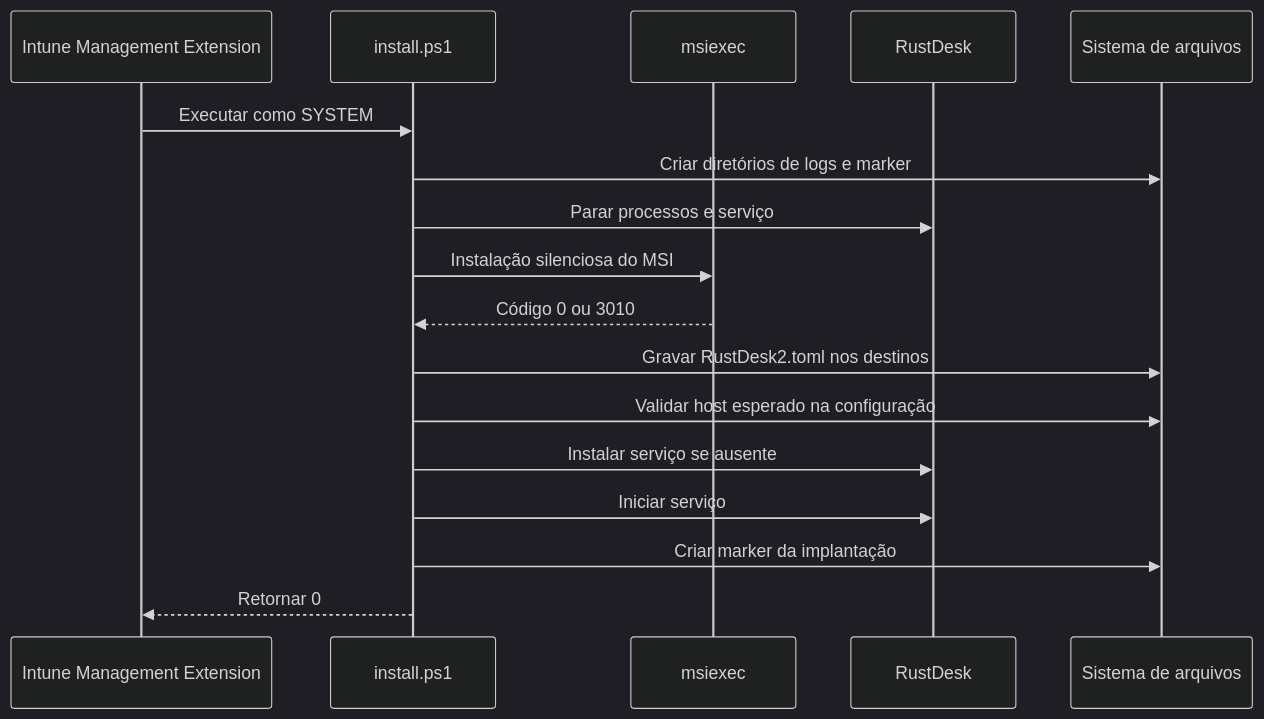
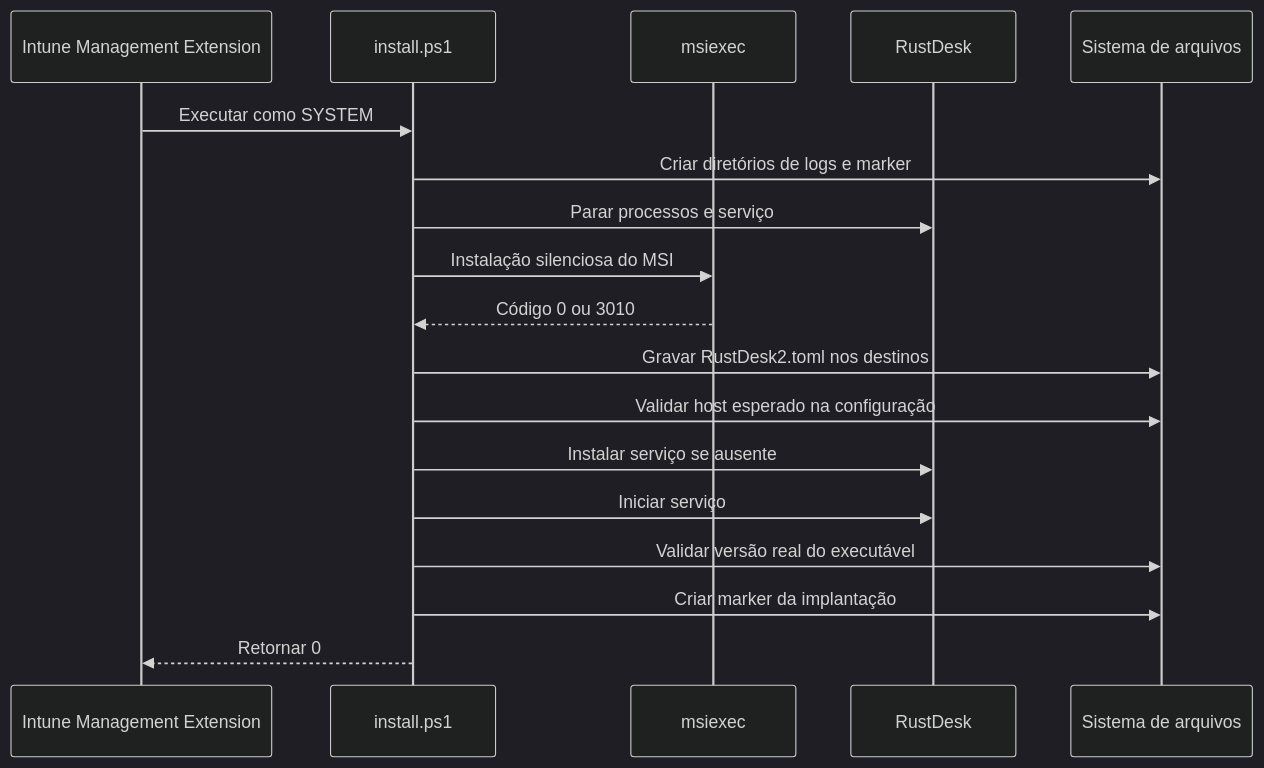
The second of 3 diagrams in README.pt-BR.md (diogowermann/RustDeskIntuneDeployment), drawn with Mermaid (dark theme) before and after one commit. The commit also changed other lines of this file and 10 other files, not shown here.

````diff
--- a/README.pt-BR.md
+++ b/README.pt-BR.md
@@ -206,20 +210,21 @@
 ```mermaid
 sequenceDiagram
     participant I as Intune Management Extension
     participant S as install.ps1
     participant M as msiexec
     participant R as RustDesk
     participant F as Sistema de arquivos
 
     I->>S: Executar como SYSTEM
     S->>F: Criar diretórios de logs e marker
     S->>R: Parar processos e serviço
     S->>M: Instalação silenciosa do MSI
     M-->>S: Código 0 ou 3010
     S->>F: Gravar RustDesk2.toml nos destinos
     S->>F: Validar host esperado na configuração
     S->>R: Instalar serviço se ausente
     S->>R: Iniciar serviço
+    S->>F: Validar versão real do executável
     S->>F: Criar marker da implantação
     S-->>I: Retornar 0
 ```
````
